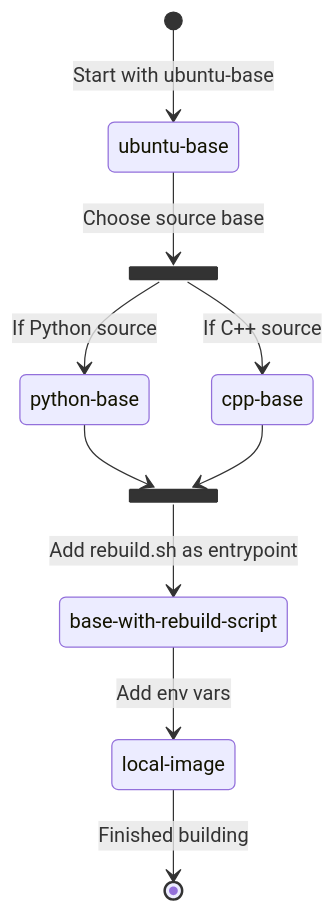
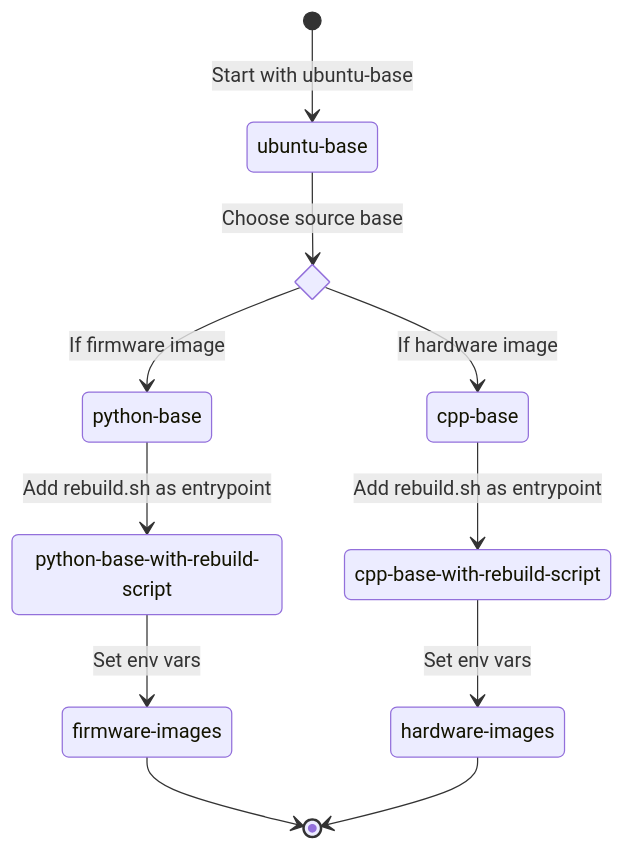
Before and after one commit to Opentrons/opentrons-emulation: the first of 2 diagrams in docs/DOCKERFILE_ARCHITECTURE.md, drawn with Mermaid. The commit also changed other lines of this file, not shown here.

Commit message:
Update diagram

````diff
--- a/docs/DOCKERFILE_ARCHITECTURE.md
+++ b/docs/DOCKERFILE_ARCHITECTURE.md
@@ -31,27 +23,31 @@
 ```mermaid
 stateDiagram-v2
 
-ub: ubuntu-base
-cpp: cpp-base
-python: python-base
-base_with_rebuild_script: base-with-rebuild-script
-add_env_vars: local-image
+ubuntu_base: ubuntu-base
+cpp_base: cpp-base
+python_base: python-base
+python_base_with_rebuild_script: python-base-with-rebuild-script
+cpp_base_with_rebuild_script: cpp-base-with-rebuild-script
+hardware_images: hardware-images
+firmware_images: firmware-images
 
 
-state choose_source_base <<fork>>
-state join <<join>>
+state choose_source_base <<choice>>
 
-[*] --> ub: Start with ubuntu-base
-ub --> choose_source_base: Choose source base
+[*] --> ubuntu_base: Start with ubuntu-base
+ubuntu_base --> choose_source_base: Choose source base
 
-choose_source_base --> cpp: If C++ source
-choose_source_base --> python: If Python source
+choose_source_base --> cpp_base: If hardware image
+choose_source_base --> python_base: If firmware image
 
-python --> join
-cpp --> join
+python_base --> python_base_with_rebuild_script: Add rebuild.sh as entrypoint
+cpp_base --> cpp_base_with_rebuild_script: Add rebuild.sh as entrypoint
 
-join --> base_with_rebuild_script: Add rebuild.sh as entrypoint
+python_base_with_rebuild_script --> firmware_images: Set env vars
+cpp_base_with_rebuild_script --> hardware_images: Set env vars
 
-base_with_rebuild_script --> add_env_vars: Add env vars
-add_env_vars --> [*]: Finished building
+firmware_images --> [*]
+hardware_images --> [*]
+
+
 ```
````
